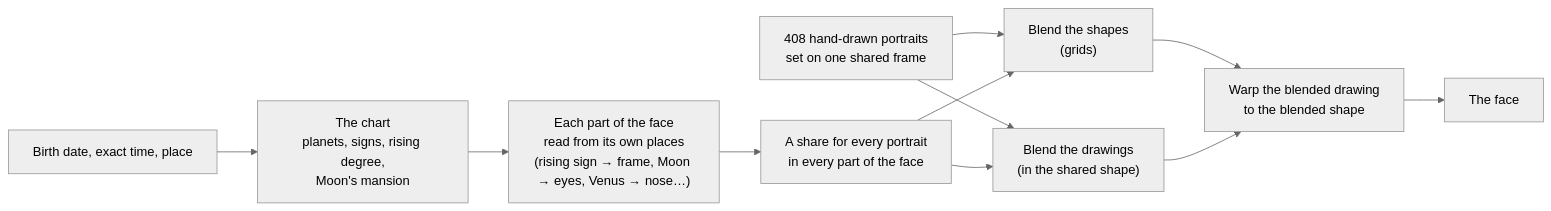
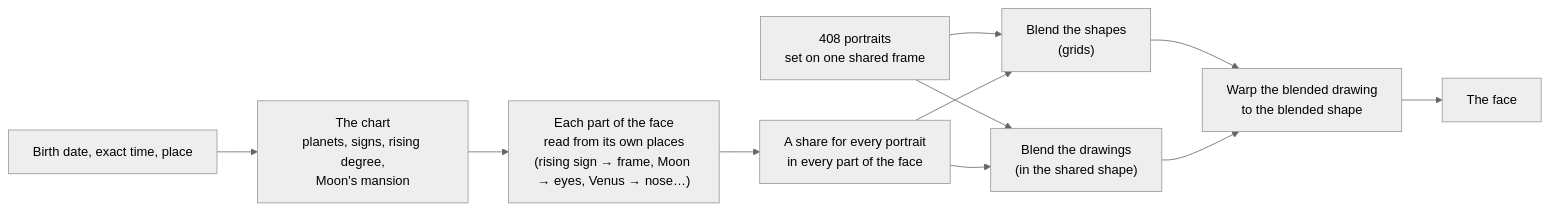
Before and after one commit to prisoner1406/birth-face: the diagram in README.md, drawn with Mermaid (neutral theme). The commit also changed other lines of this file and 210 other files, not shown here.

````diff
--- a/README.md
+++ b/README.md
@@ -51,13 +57,13 @@
 ```mermaid
 flowchart LR
     A["Birth date, exact time, place"] --> B["The chart<br/>planets, signs, rising degree,<br/>Moon's mansion"]
     B --> C["Each part of the face<br/>read from its own places<br/>(rising sign → frame, Moon → eyes, Venus → nose…)"]
     C --> D["A share for every portrait<br/>in every part of the face"]
-    E["408 hand-drawn portraits<br/>set on one shared frame"] --> F["Blend the shapes<br/>(grids)"]
+    E["408 portraits<br/>set on one shared frame"] --> F["Blend the shapes<br/>(grids)"]
     E --> G["Blend the drawings<br/>(in the shared shape)"]
     D --> F
     D --> G
     F --> H["Warp the blended drawing<br/>to the blended shape"]
     G --> H
     H --> I["The face"]
 ```
````
